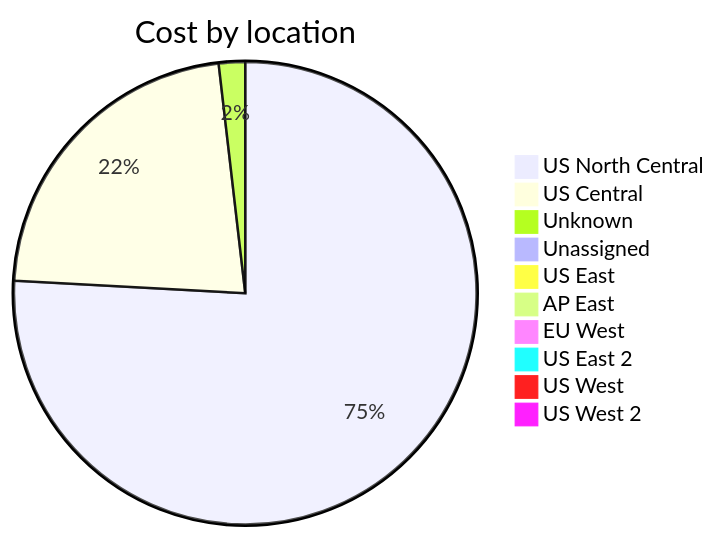
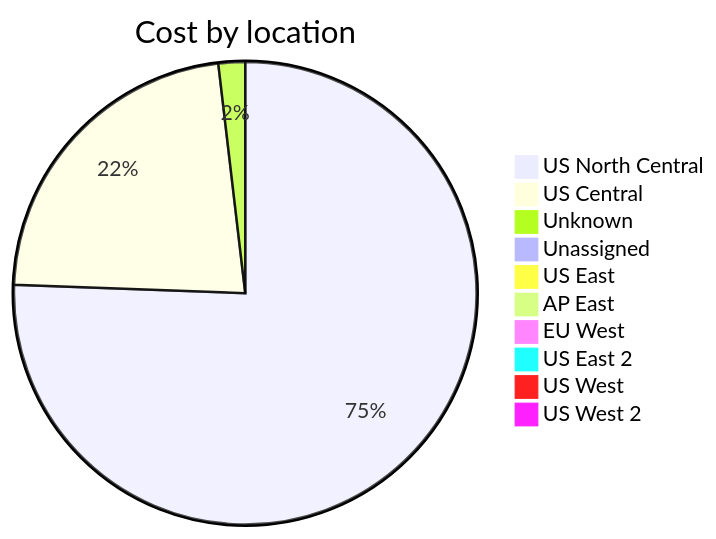
The third of 4 diagrams in cost-reports/accumulated-cost.md (jpfulton/azure-personal-reports), drawn with Mermaid before and after one commit. The commit also changed other lines of this file and 4 other files, not shown here.

````diff
--- a/cost-reports/accumulated-cost.md
+++ b/cost-reports/accumulated-cost.md
@@ -130,14 +130,14 @@
 ```mermaid
 pie
    title Cost by location
-   "US North Central" : 32.19
-   "US Central" : 9.46
-   "Unknown" : 0.78
-   "Unassigned" : 0.39
-   "US East" : 0.17
+   "US North Central" : 33.68
+   "US Central" : 10.05
+   "Unknown" : 0.83
+   "Unassigned" : 0.41
+   "US East" : 0.18
    "AP East" : 0.00
    "EU West" : 0.00
    "US East 2" : 0.00
    "US West" : 0.00
    "US West 2" : 0.00
 ```
````
